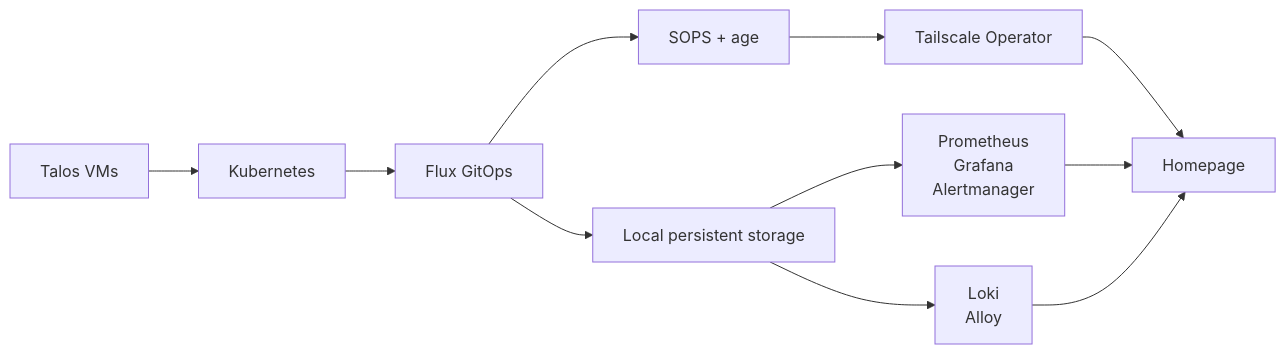
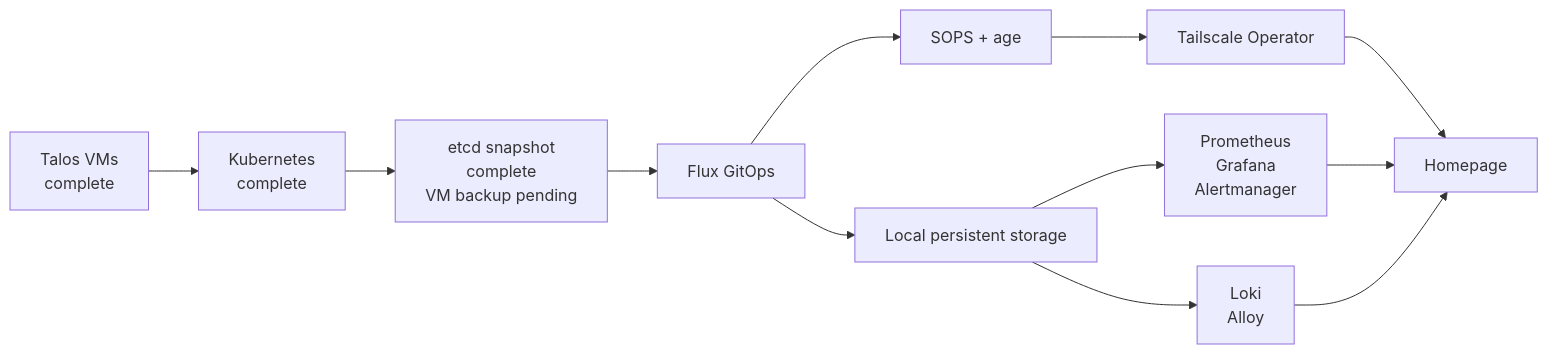
Before and after one commit to dgsuma/dgs-private-cloud: the diagram in docs/00-project-overview.md, drawn with Mermaid. The commit also changed other lines of this file and 17 other files, not shown here.

Commit message:
docs: record Talos Kubernetes cluster bootstrap

````diff
--- a/docs/00-project-overview.md
+++ b/docs/00-project-overview.md
@@ -63,23 +66,25 @@
 ```mermaid
 flowchart LR
-    TalosVMs["Talos VMs"]
-    K8s["Kubernetes"]
+    TalosVMs["Talos VMs<br/>complete"]
+    K8s["Kubernetes<br/>complete"]
+    Backup["etcd snapshot<br/>complete<br/>VM backup pending"]
     Flux["Flux GitOps"]
     SOPS["SOPS + age"]
     TS["Tailscale Operator"]
     Storage["Local persistent storage"]
     Metrics["Prometheus<br/>Grafana<br/>Alertmanager"]
     Logs["Loki<br/>Alloy"]
     Home["Homepage"]
 
     TalosVMs --> K8s
-    K8s --> Flux
+    K8s --> Backup
+    Backup --> Flux
     Flux --> SOPS
     Flux --> Storage
     SOPS --> TS
     Storage --> Metrics
     Storage --> Logs
     TS --> Home
     Metrics --> Home
     Logs --> Home
 ```
````
